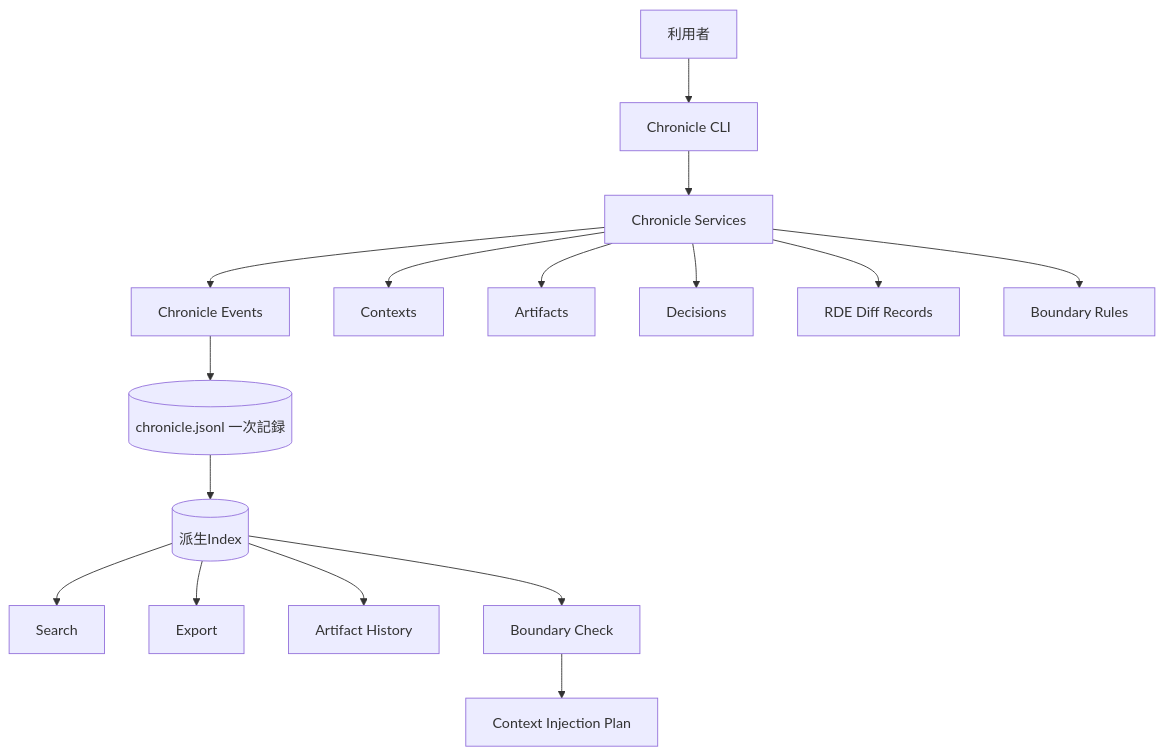
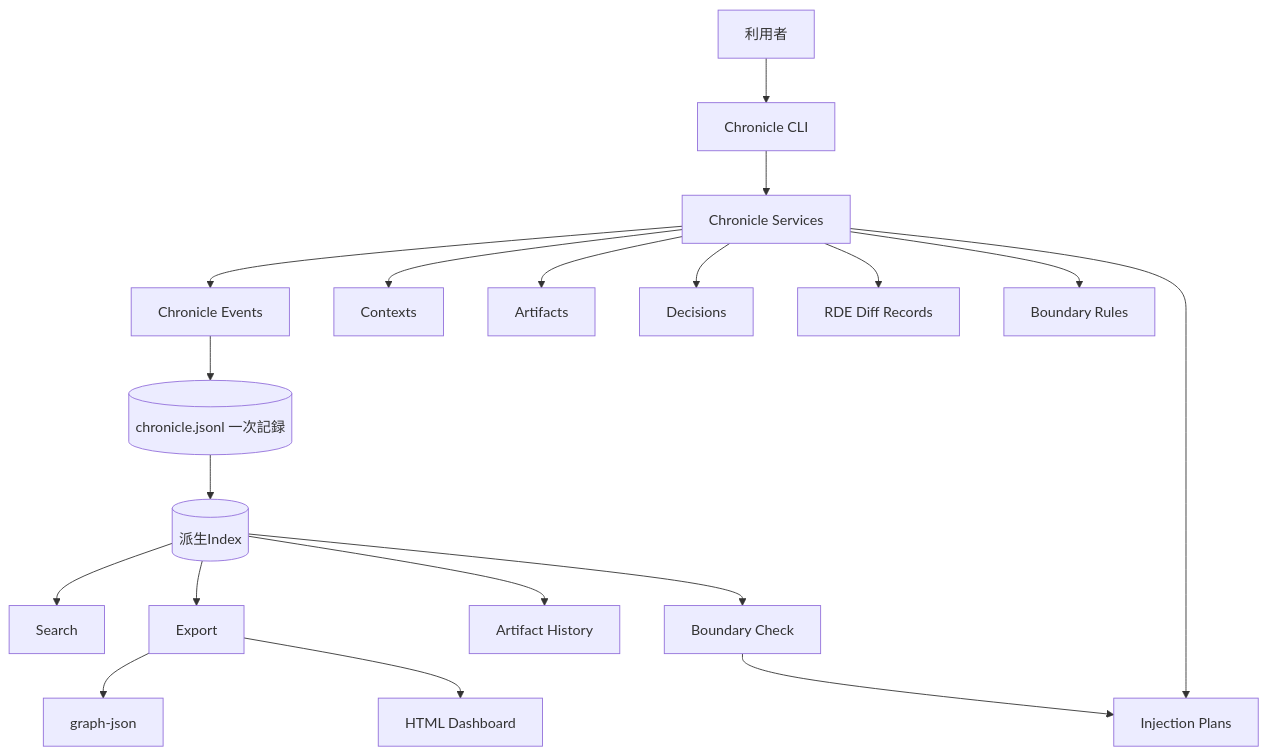
The diagram in README.md (zyx-corporation/chronicle-stack), drawn with Mermaid before and after one commit. The commit also changed other lines of this file and 6 other files, not shown here.

````diff
--- a/README.md
+++ b/README.md
@@ -45,18 +48,21 @@
 ```mermaid
 flowchart TD
     U[利用者] --> CLI[Chronicle CLI]
     CLI --> S[Chronicle Services]
     S --> E[Chronicle Events]
     S --> C[Contexts]
     S --> A[Artifacts]
     S --> D[Decisions]
     S --> R[RDE Diff Records]
     S --> B[Boundary Rules]
+    S --> P[Injection Plans]
     E --> J[(chronicle.jsonl 一次記録)]
     J --> I[(派生Index)]
     I --> Search[Search]
     I --> Export[Export]
     I --> History[Artifact History]
     I --> Check[Boundary Check]
-    Check --> Plan[Context Injection Plan]
+    Check --> P
+    Export --> G[graph-json]
+    Export --> H[HTML Dashboard]
 ```
````
